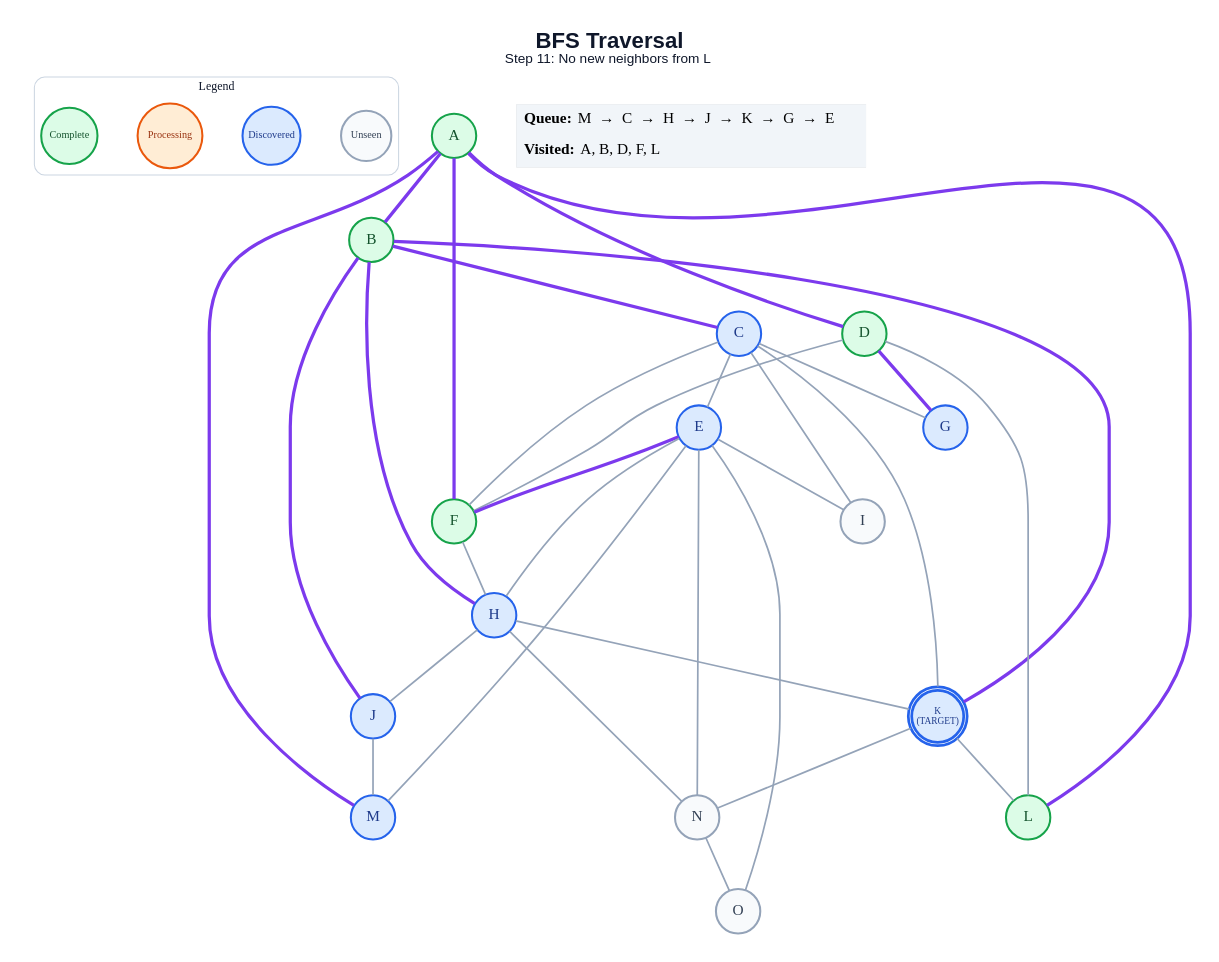
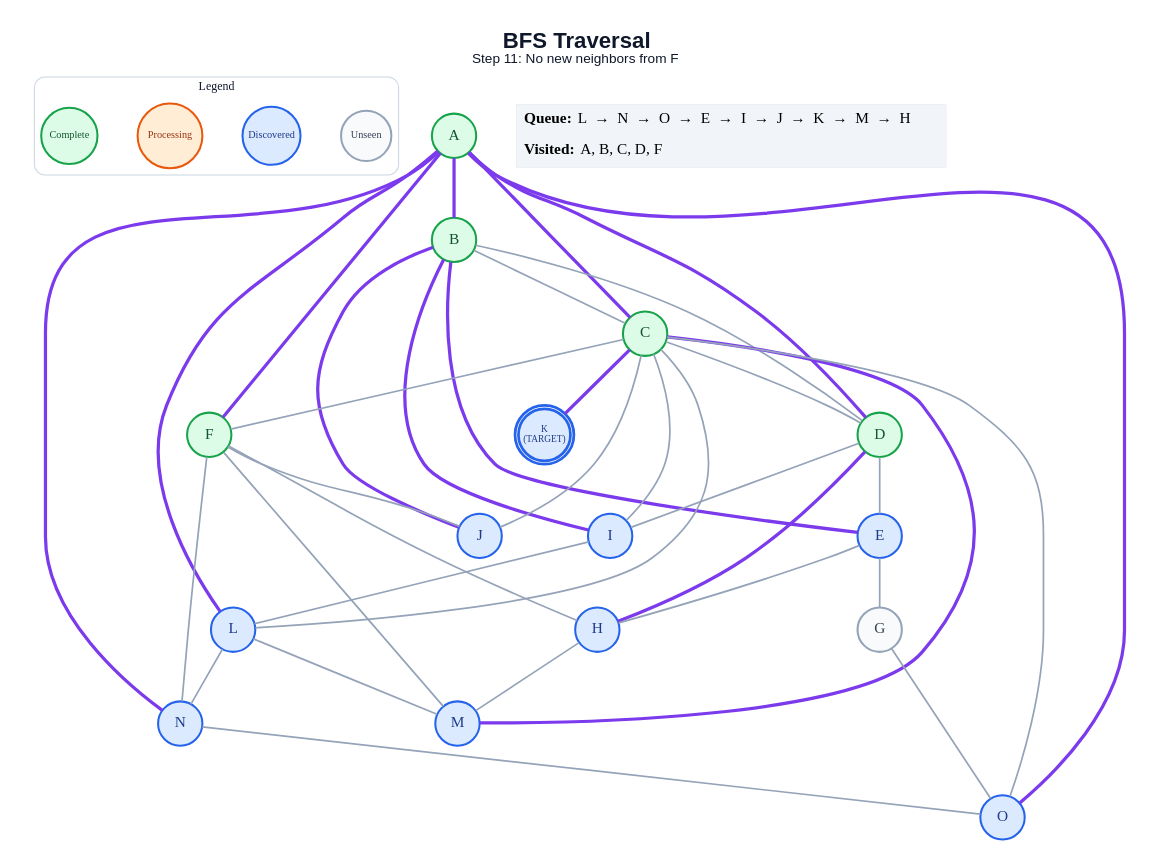
One commit to anon7238593-create/ai-slop changed the diagram in generated/bfs/step_11.dot. Above: the diagram before and after it, drawn with Graphviz. The commit also changed 258 other files, not shown here.

```diff
--- a/generated/bfs/step_11.dot
+++ b/generated/bfs/step_11.dot
@@ -1,65 +1,69 @@
 graph traversal {
   graph [layout=dot, rankdir=TB, bgcolor="#FFFFFF", pad="0.35", nodesep="0.65", ranksep="0.8", fontname="Arial"];
   node [shape=circle, style="filled", fontname="Arial Bold", fontsize=18, width=0.72, fixedsize=true, penwidth=2.4];
   edge [color="#94A3B8", penwidth=2.0];
-  label=<<B>BFS Traversal</B><BR/><FONT POINT-SIZE="16">Step 11: No new neighbors from L</FONT>>; labelloc="t"; fontsize=26; fontname="Arial"; fontcolor="#0F172A";
+  label=<<B>BFS Traversal</B><BR/><FONT POINT-SIZE="16">Step 11: No new neighbors from F</FONT>>; labelloc="t"; fontsize=26; fontname="Arial"; fontcolor="#0F172A";
   subgraph cluster_legend { label="Legend"; color="#CBD5E1"; penwidth=1.2; style="rounded"; fontsize=14; fontname="Arial Bold";
     key_unseen [label="Unseen", fillcolor="#F8FAFC", color="#94A3B8", fontcolor="#334155", fontsize=12, width=0.82];
     key_frontier [label="Discovered", fillcolor="#DBEAFE", color="#2563EB", fontcolor="#1E3A8A", fontsize=12, width=0.95];
     key_current [label="Processing", fillcolor="#FFEDD5", color="#EA580C", fontcolor="#9A3412", fontsize=12, width=1.05];
     key_done [label="Complete", fillcolor="#DCFCE7", color="#16A34A", fontcolor="#14532D", fontsize=12, width=0.92];
     { rank=same; key_unseen; key_frontier; key_current; key_done; }
   }
   A [label="A", fillcolor="#DCFCE7", color="#16A34A", fontcolor="#14532D", peripheries=1, penwidth=2.4];
   B [label="B", fillcolor="#DCFCE7", color="#16A34A", fontcolor="#14532D", peripheries=1, penwidth=2.4];
-  C [label="C", fillcolor="#DBEAFE", color="#2563EB", fontcolor="#1E3A8A", peripheries=1, penwidth=2.4];
+  C [label="C", fillcolor="#DCFCE7", color="#16A34A", fontcolor="#14532D", peripheries=1, penwidth=2.4];
   D [label="D", fillcolor="#DCFCE7", color="#16A34A", fontcolor="#14532D", peripheries=1, penwidth=2.4];
   E [label="E", fillcolor="#DBEAFE", color="#2563EB", fontcolor="#1E3A8A", peripheries=1, penwidth=2.4];
   F [label="F", fillcolor="#DCFCE7", color="#16A34A", fontcolor="#14532D", peripheries=1, penwidth=2.4];
-  G [label="G", fillcolor="#DBEAFE", color="#2563EB", fontcolor="#1E3A8A", peripheries=1, penwidth=2.4];
+  G [label="G", fillcolor="#F8FAFC", color="#94A3B8", fontcolor="#334155", peripheries=1, penwidth=2.4];
   H [label="H", fillcolor="#DBEAFE", color="#2563EB", fontcolor="#1E3A8A", peripheries=1, penwidth=2.4];
-  I [label="I", fillcolor="#F8FAFC", color="#94A3B8", fontcolor="#334155", peripheries=1, penwidth=2.4];
+  I [label="I", fillcolor="#DBEAFE", color="#2563EB", fontcolor="#1E3A8A", peripheries=1, penwidth=2.4];
   J [label="J", fillcolor="#DBEAFE", color="#2563EB", fontcolor="#1E3A8A", peripheries=1, penwidth=2.4];
   K [label="K\n(TARGET)", fillcolor="#DBEAFE", color="#2563EB", fontcolor="#1E3A8A", peripheries=2, penwidth=3.2, fontsize=11, width=0.85, height=0.85];
-  L [label="L", fillcolor="#DCFCE7", color="#16A34A", fontcolor="#14532D", peripheries=1, penwidth=2.4];
+  L [label="L", fillcolor="#DBEAFE", color="#2563EB", fontcolor="#1E3A8A", peripheries=1, penwidth=2.4];
   M [label="M", fillcolor="#DBEAFE", color="#2563EB", fontcolor="#1E3A8A", peripheries=1, penwidth=2.4];
-  N [label="N", fillcolor="#F8FAFC", color="#94A3B8", fontcolor="#334155", peripheries=1, penwidth=2.4];
-  O [label="O", fillcolor="#F8FAFC", color="#94A3B8", fontcolor="#334155", peripheries=1, penwidth=2.4];
+  N [label="N", fillcolor="#DBEAFE", color="#2563EB", fontcolor="#1E3A8A", peripheries=1, penwidth=2.4];
+  O [label="O", fillcolor="#DBEAFE", color="#2563EB", fontcolor="#1E3A8A", peripheries=1, penwidth=2.4];
   A -- B [color="#7C3AED", penwidth=3.8];
+  A -- C [color="#7C3AED", penwidth=3.8];
   A -- D [color="#7C3AED", penwidth=3.8];
   A -- F [color="#7C3AED", penwidth=3.8];
   A -- L [color="#7C3AED", penwidth=3.8];
-  A -- M [color="#7C3AED", penwidth=3.8];
-  B -- C [color="#7C3AED", penwidth=3.8];
-  B -- H [color="#7C3AED", penwidth=3.8];
+  A -- N [color="#7C3AED", penwidth=3.8];
+  A -- O [color="#7C3AED", penwidth=3.8];
+  B -- C;
+  B -- D;
+  B -- E [color="#7C3AED", penwidth=3.8];
+  B -- I [color="#7C3AED", penwidth=3.8];
   B -- J [color="#7C3AED", penwidth=3.8];
-  B -- K [color="#7C3AED", penwidth=3.8];
-  C -- E;
+  C -- D;
   C -- F;
-  C -- G;
   C -- I;
-  C -- K;
-  D -- F;
-  D -- G [color="#7C3AED", penwidth=3.8];
-  D -- L;
-  E -- F [color="#7C3AED", penwidth=3.8];
+  C -- J;
+  C -- K [color="#7C3AED", penwidth=3.8];
+  C -- L;
+  C -- M [color="#7C3AED", penwidth=3.8];
+  C -- O;
+  D -- E;
+  D -- H [color="#7C3AED", penwidth=3.8];
+  D -- I;
+  E -- G;
   E -- H;
-  E -- I;
-  E -- M;
-  E -- N;
-  E -- O;
   F -- H;
-  H -- J;
-  H -- K;
-  H -- N;
-  J -- M;
-  K -- L;
-  K -- N;
+  F -- J;
+  F -- M;
+  F -- N;
+  G -- O;
+  H -- M;
+  I -- L;
+  L -- M;
+  L -- N;
   N -- O;
   status [shape=plain, fixedsize=false, width=0, height=0, margin=0, label=<
     <TABLE BORDER="0" CELLBORDER="0" CELLPADDING="7" BGCOLOR="#F1F5F9">
-      <TR><TD ALIGN="LEFT"><B>Queue:</B> M  →  C  →  H  →  J  →  K  →  G  →  E</TD></TR>
-      <TR><TD ALIGN="LEFT"><B>Visited:</B> A, B, D, F, L</TD></TR>
+      <TR><TD ALIGN="LEFT"><B>Queue:</B> L  →  N  →  O  →  E  →  I  →  J  →  K  →  M  →  H</TD></TR>
+      <TR><TD ALIGN="LEFT"><B>Visited:</B> A, B, C, D, F</TD></TR>
     </TABLE>
   >];
 }
```
